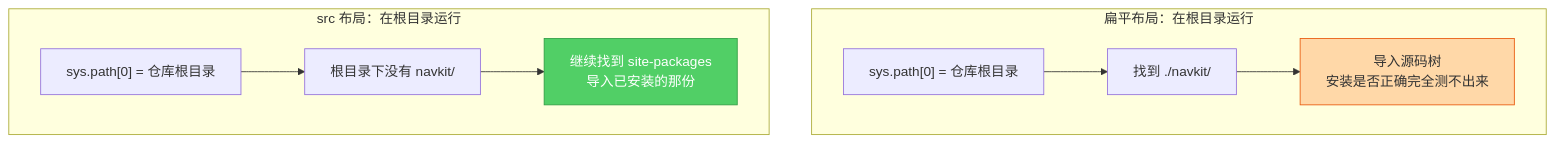
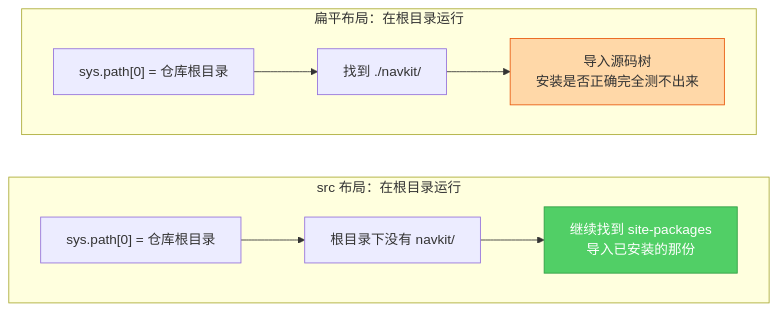
One commit to TingdeLiu/tingdeliu.github.io changed the sixth of 22 diagrams in _posts/research/2026-09-16-Python-Engineering-Survey.md. Above: the diagram before and after it, drawn with Mermaid. The commit also changed other lines of this file, not shown here.

````diff
--- a/_posts/research/2026-09-16-Python-Engineering-Survey.md
+++ b/_posts/research/2026-09-16-Python-Engineering-Survey.md
@@ -338,13 +334,16 @@
 ```mermaid
 flowchart TB
     subgraph FLAT["扁平布局：在根目录运行"]
+        direction LR
         F1["sys.path[0] = 仓库根目录"] --> F2["找到 ./navkit/"]
         F2 --> F3["导入源码树<br/>安装是否正确完全测不出来"]
     end
     subgraph SRC["src 布局：在根目录运行"]
+        direction LR
         S1["sys.path[0] = 仓库根目录"] --> S2["根目录下没有 navkit/"]
         S2 --> S3["继续找到 site-packages<br/>导入已安装的那份"]
     end
+    FLAT ~~~ SRC
     style F3 fill:#ffd8a8,stroke:#e8590c
     style S3 fill:#51cf66,stroke:#2f9e44,color:#fff
 ```
````
